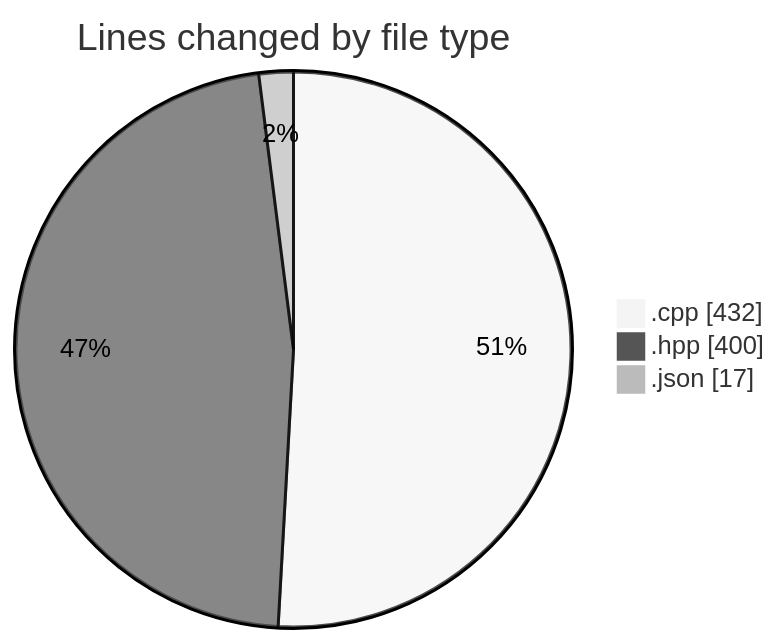
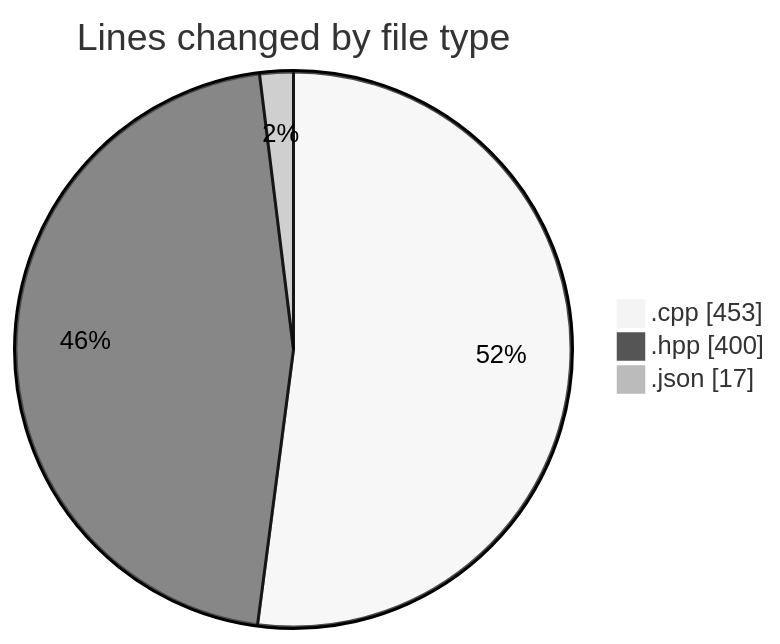
The first of 2 diagrams in 2025-05-08/date/README.md (Netris89/code-tracking), drawn with Mermaid (neutral theme) before and after one commit. The commit also changed other lines of this file and 1 other file, not shown here.

````diff
--- a/2025-05-08/date/README.md
+++ b/2025-05-08/date/README.md
@@ -28,7 +28,7 @@
 ```mermaid
 pie showData
 title Lines changed by file type
-".cpp" : 432
+".cpp" : 453
 ".hpp" : 400
 ".json" : 17
 ```
````
